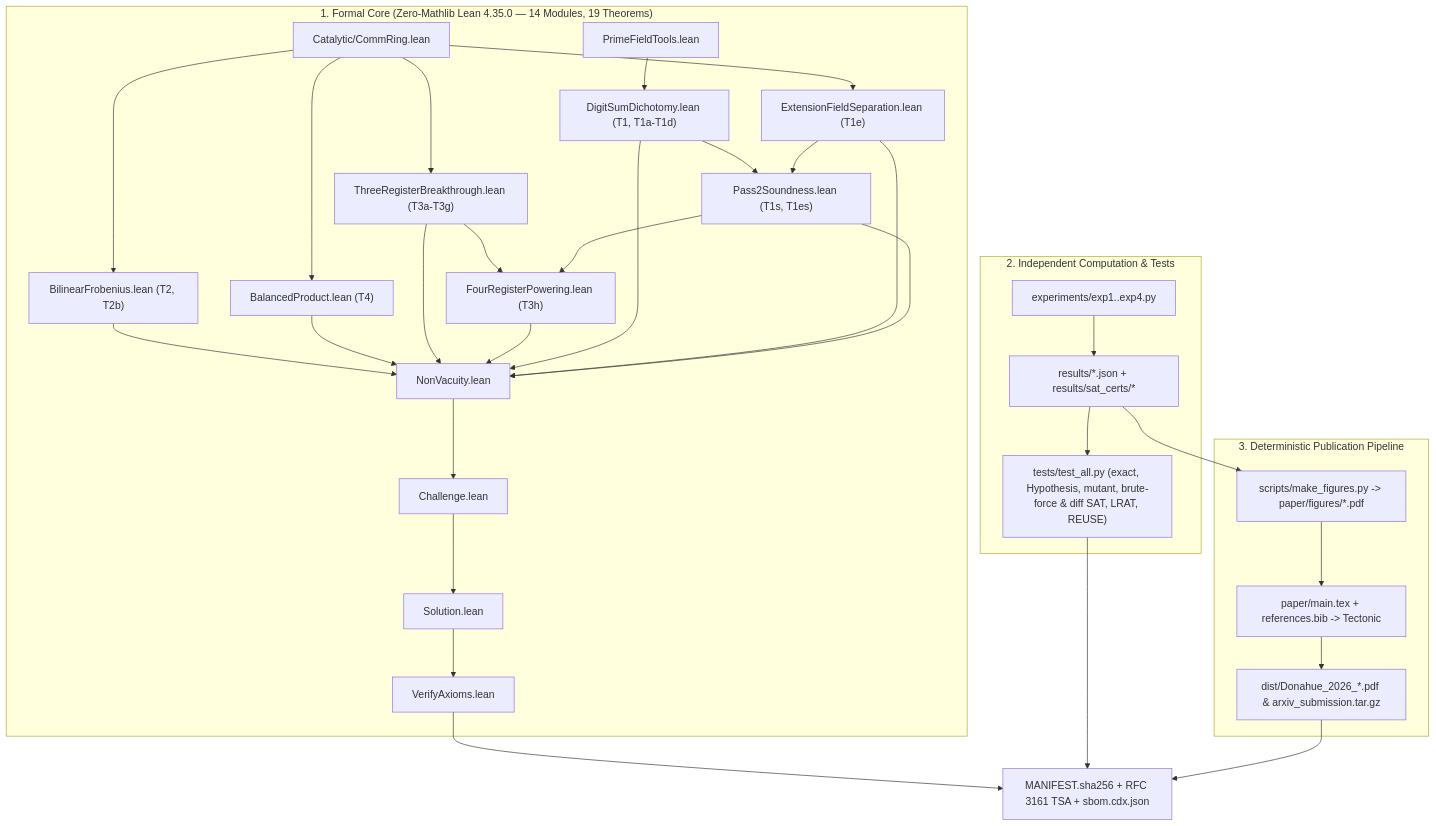
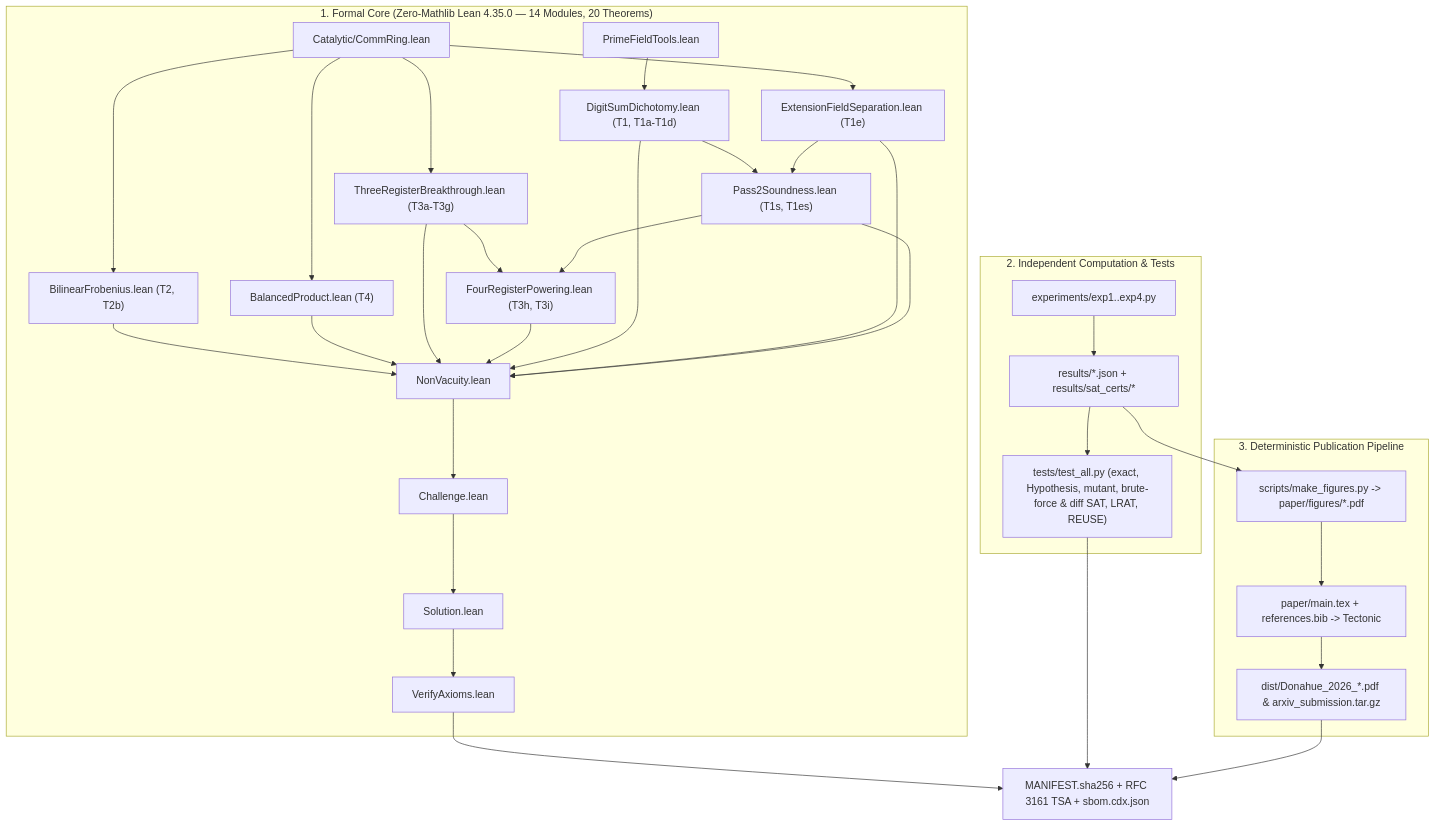
The second of 2 diagrams in docs/architecture.md (0thernes/catalytic-register-frontiers), drawn with Mermaid before and after one commit. The commit also changed 49 other files, not shown here.

````diff
--- a/docs/architecture.md
+++ b/docs/architecture.md
@@ -20,27 +20,27 @@
 ```mermaid
 flowchart TD
-  subgraph Formal["1. Formal Core (Zero-Mathlib Lean 4.35.0 — 14 Modules, 19 Theorems)"]
+  subgraph Formal["1. Formal Core (Zero-Mathlib Lean 4.35.0 — 14 Modules, 20 Theorems)"]
     CR["Catalytic/CommRing.lean"] --> BF["BilinearFrobenius.lean (T2, T2b)"]
     CR --> BP["BalancedProduct.lean (T4)"]
     CR --> TR["ThreeRegisterBreakthrough.lean (T3a-T3g)"]
-    TR --> FP["FourRegisterPowering.lean (T3h)"]
+    TR --> FP["FourRegisterPowering.lean (T3h, T3i)"]
     PF["PrimeFieldTools.lean"] --> DS["DigitSumDichotomy.lean (T1, T1a-T1d)"]
     CR --> EF["ExtensionFieldSeparation.lean (T1e)"]
     DS & EF --> PS["Pass2Soundness.lean (T1s, T1es)"]
     PS --> FP
     BF & BP & TR & FP & DS & EF & PS --> NV["NonVacuity.lean"]
     NV --> CH["Challenge.lean"] --> SOL["Solution.lean"] --> VA["VerifyAxioms.lean"]
   end
   subgraph Comp["2. Independent Computation & Tests"]
     EXP["experiments/exp1..exp4.py"] --> RES["results/*.json + results/sat_certs/*"]
     RES --> TST["tests/test_all.py (exact, Hypothesis, mutant, brute-force & diff SAT, LRAT, REUSE)"]
   end
   subgraph Pub["3. Deterministic Publication Pipeline"]
     RES --> FIG["scripts/make_figures.py -> paper/figures/*.pdf"]
     FIG --> TEX["paper/main.tex + references.bib -> Tectonic"]
     TEX --> OUT["dist/Donahue_2026_*.pdf & arxiv_submission.tar.gz"]
   end
   VA --> SHA["MANIFEST.sha256 + RFC 3161 TSA + sbom.cdx.json"]
   TST --> SHA
   OUT --> SHA
 ```
````
